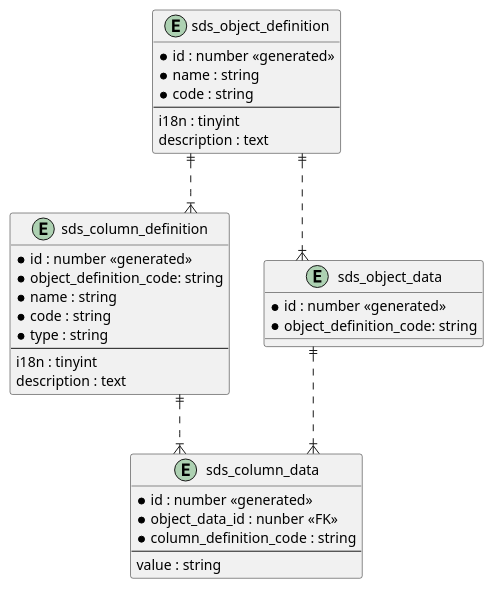
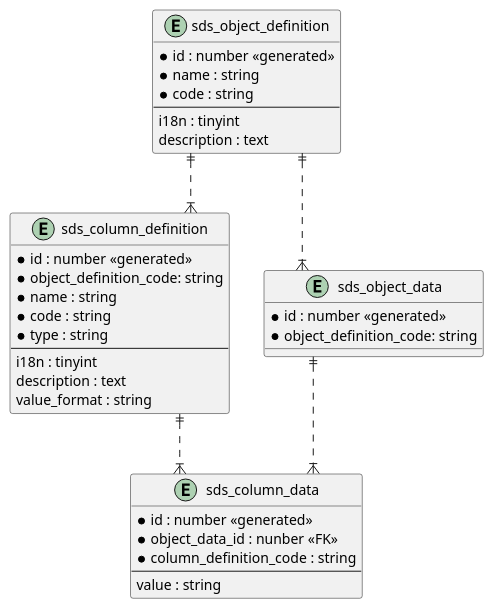
Before and after one commit to umbalaconmeogia/yii2-simple-data-system: the diagram in docs/SystemDesign.md, drawn with PlantUML. The commit also changed 25 other files, not shown here.

````diff
--- a/docs/SystemDesign.md
+++ b/docs/SystemDesign.md
@@ -7,42 +7,43 @@
 ```plantuml
 ' avoid problems with angled crows feet
 skinparam linetype ortho
 
 entity "sds_object_definition" as obj_def {
     * id : number <<generated>>
     * name : string
     * code : string
     --
     i18n : tinyint
     description : text
 }
 
 entity "sds_column_definition" as col_def {
     * id : number <<generated>>
     * object_definition_code: string
     * name : string
     * code : string
     * type : string
     --
     i18n : tinyint
     description : text
+    value_format : string
 }
 
 entity "sds_object_data" as obj_data {
     * id : number <<generated>>
     * object_definition_code: string
 }
 
 entity "sds_column_data" as col_data {
     * id : number <<generated>>
     * object_data_id : nunber <<FK>>
     * column_definition_code : string
     --
     value : string
 }
 
 obj_def ||..|{ col_def
 obj_def ||..|{ obj_data
 col_def ||..|{ col_data
 obj_data ||..|{ col_data
 ```
````
